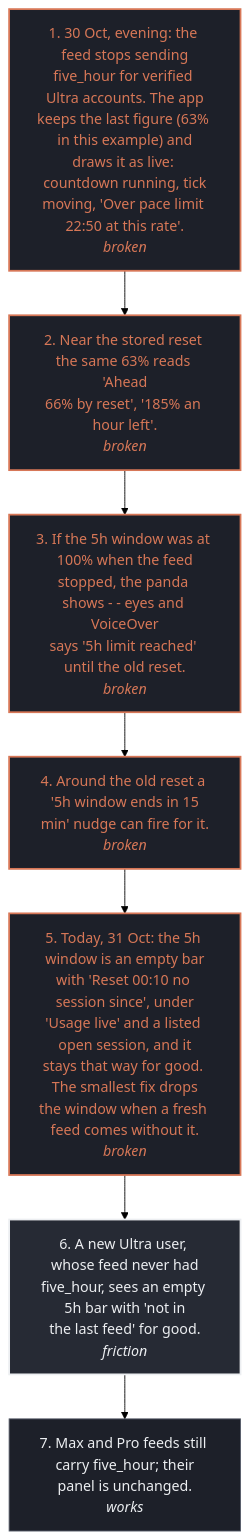
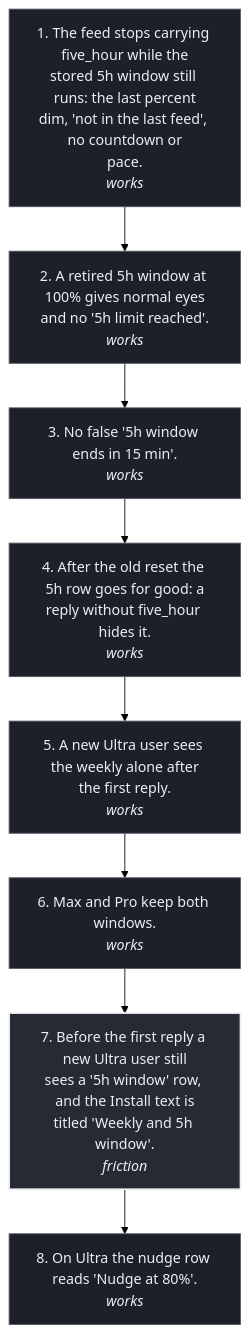
Before and after one commit to tokenpandadev/tokenpanda-app: the diagram in design/wireframes/flows/05-the-5-hour-window-removed-for-ultra-30-oct-2026.mmd, drawn with Mermaid (forest theme). The commit also changed 35 other files, not shown here.

```diff
--- a/design/wireframes/flows/05-the-5-hour-window-removed-for-ultra-30-oct-2026.mmd
+++ b/design/wireframes/flows/05-the-5-hour-window-removed-for-ultra-30-oct-2026.mmd
@@ -1,17 +1,20 @@
 flowchart TD
   classDef works fill:#1d2029,stroke:#555b68,color:#eceef1;
   classDef friction fill:#262a34,stroke:#eceef1,stroke-width:2px,color:#eceef1;
   classDef broken fill:#1d2029,stroke:#d77757,stroke-width:2px,color:#d77757;
-  S1["1. 30 Oct, evening: the feed stops sending<br/>five_hour for verified Ultra accounts. The app<br/>keeps the last figure (63% in this example) and<br/>draws it as live: countdown running, tick<br/>moving, 'Over pace limit 22:50 at this rate'.<br/><i>broken</i>"]:::broken
-  S2["2. Near the stored reset the same 63% reads 'Ahead<br/>66% by reset', '185% an hour left'.<br/><i>broken</i>"]:::broken
-  S3["3. If the 5h window was at 100% when the feed<br/>stopped, the panda shows - - eyes and VoiceOver<br/>says '5h limit reached' until the old reset.<br/><i>broken</i>"]:::broken
-  S4["4. Around the old reset a '5h window ends in 15<br/>min' nudge can fire for it.<br/><i>broken</i>"]:::broken
-  S5["5. Today, 31 Oct: the 5h window is an empty bar<br/>with 'Reset 00:10 no session since', under<br/>'Usage live' and a listed open session, and it<br/>stays that way for good. The smallest fix drops<br/>the window when a fresh feed comes without it.<br/><i>broken</i>"]:::broken
-  S6["6. A new Ultra user, whose feed never had<br/>five_hour, sees an empty 5h bar with 'not in<br/>the last feed' for good.<br/><i>friction</i>"]:::friction
-  S7["7. Max and Pro feeds still carry five_hour; their<br/>panel is unchanged.<br/><i>works</i>"]:::works
+  classDef byhand fill:#1d2029,stroke:#eceef1,stroke-width:1px,stroke-dasharray:4 3,color:#eceef1;
+  S1["1. The feed stops carrying five_hour while the<br/>stored 5h window still runs: the last percent<br/>dim, 'not in the last feed', no countdown or<br/>pace.<br/><i>works</i>"]:::works
+  S2["2. A retired 5h window at 100% gives normal eyes<br/>and no '5h limit reached'.<br/><i>works</i>"]:::works
+  S3["3. No false '5h window ends in 15 min'.<br/><i>works</i>"]:::works
+  S4["4. After the old reset the 5h row goes for good: a<br/>reply without five_hour hides it.<br/><i>works</i>"]:::works
+  S5["5. A new Ultra user sees the weekly alone after<br/>the first reply.<br/><i>works</i>"]:::works
+  S6["6. Max and Pro keep both windows.<br/><i>works</i>"]:::works
+  S7["7. Before the first reply a new Ultra user still<br/>sees a '5h window' row, and the Install text is<br/>titled 'Weekly and 5h window'.<br/><i>friction</i>"]:::friction
+  S8["8. On Ultra the nudge row reads 'Nudge at 80%'.<br/><i>works</i>"]:::works
   S1 --> S2
   S2 --> S3
   S3 --> S4
   S4 --> S5
   S5 --> S6
   S6 --> S7
+  S7 --> S8
```
